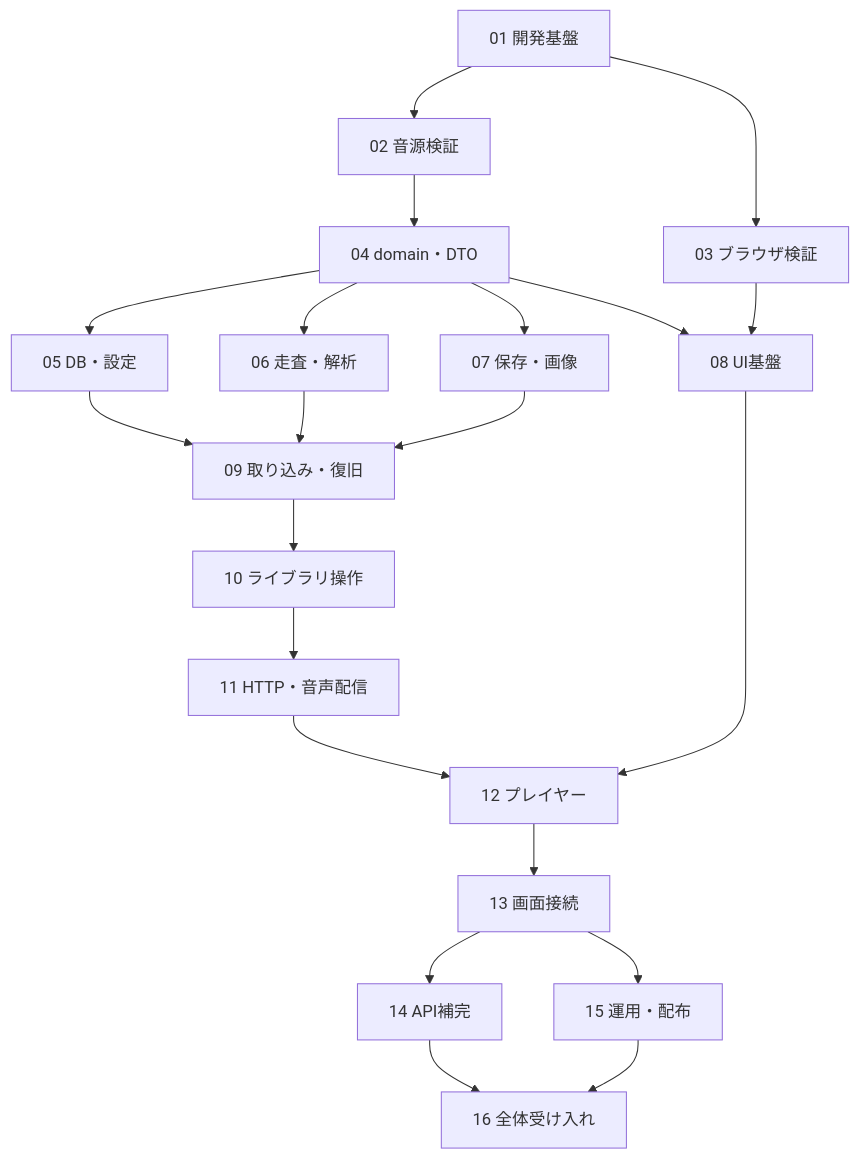
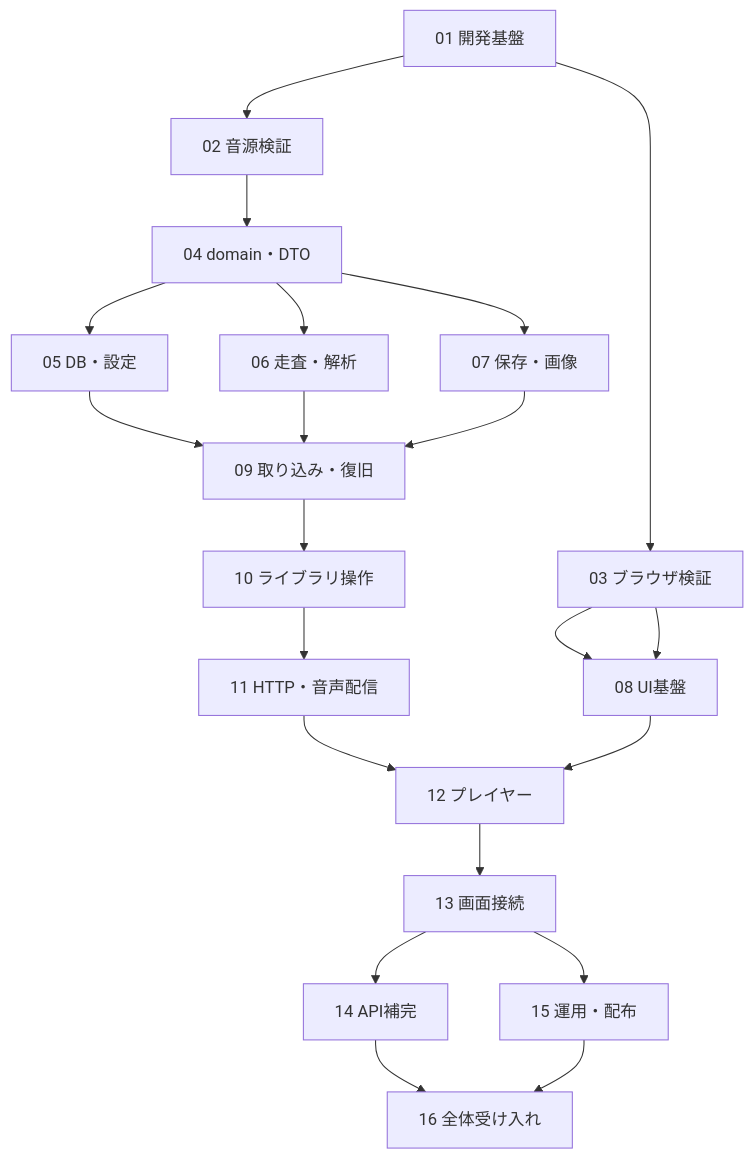
One commit to purinx/rustune changed the diagram in docs/smartpowers/projects/20261012-214613-personal-music-library/tasks/PLAN.md. Above: the diagram before and after it, drawn with Mermaid. The commit also changed other lines of this file and 3 other files, not shown here.

````diff
--- a/docs/smartpowers/projects/20261012-214613-personal-music-library/tasks/PLAN.md
+++ b/docs/smartpowers/projects/20261012-214613-personal-music-library/tasks/PLAN.md
@@ -39,23 +39,23 @@
 ```mermaid
 flowchart TD
     foundation["01 開発基盤"] --> audioCheck["02 音源検証"]
     foundation --> browserCheck["03 ブラウザ検証"]
     audioCheck --> shared["04 domain・DTO"]
     browserCheck --> ui
     shared --> database["05 DB・設定"]
     shared --> source["06 走査・解析"]
     shared --> storage["07 保存・画像"]
-    shared --> ui["08 UI基盤"]
+    browserCheck --> ui["08 UI基盤"]
     database --> importing["09 取り込み・復旧"]
     source --> importing
     storage --> importing
     importing --> library["10 ライブラリ操作"]
     library --> http["11 HTTP・音声配信"]
     http --> player["12 プレイヤー"]
     ui --> player
     player --> screens["13 画面接続"]
     screens --> enrichment["14 API補完"]
     screens --> operations["15 運用・配布"]
     enrichment --> acceptance["16 全体受け入れ"]
     operations --> acceptance
 ```
````
